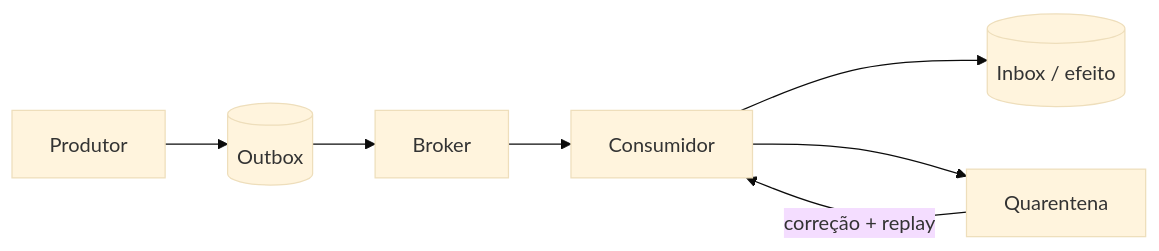
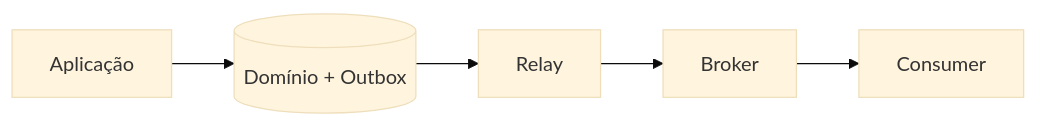
One commit to blasther12/alexandria changed the second of 2 diagrams in messaging/README.md. Above: the diagram before and after it, drawn with Mermaid (base theme). The commit also changed other lines of this file, not shown here.

Commit message:
docs(messaging): deepen delivery, ordering, outbox and replay semantics

````diff
--- a/messaging/README.md
+++ b/messaging/README.md
@@ -19,9 +203,7 @@
 ```mermaid
 flowchart LR
-    P[Produtor] --> O[(Outbox)]
-    O --> B[Broker]
-    B --> C[Consumidor]
-    C --> D[(Inbox / efeito)]
-    C --> DLQ[Quarentena]
-    DLQ -->|correção + replay| C
+    API[Aplicação] --> DB[(Domínio + Outbox)]
+    DB --> RELAY[Relay]
+    RELAY --> B[Broker]
+    B --> C[Consumer]
 ```
````
